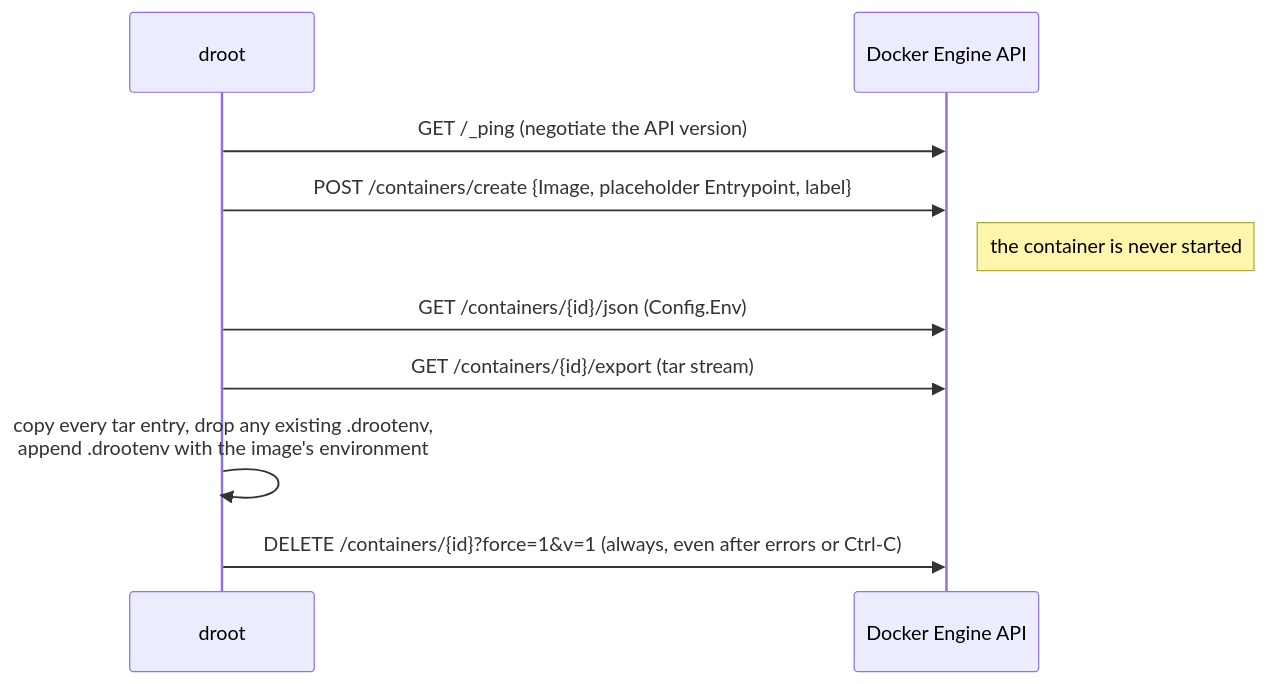
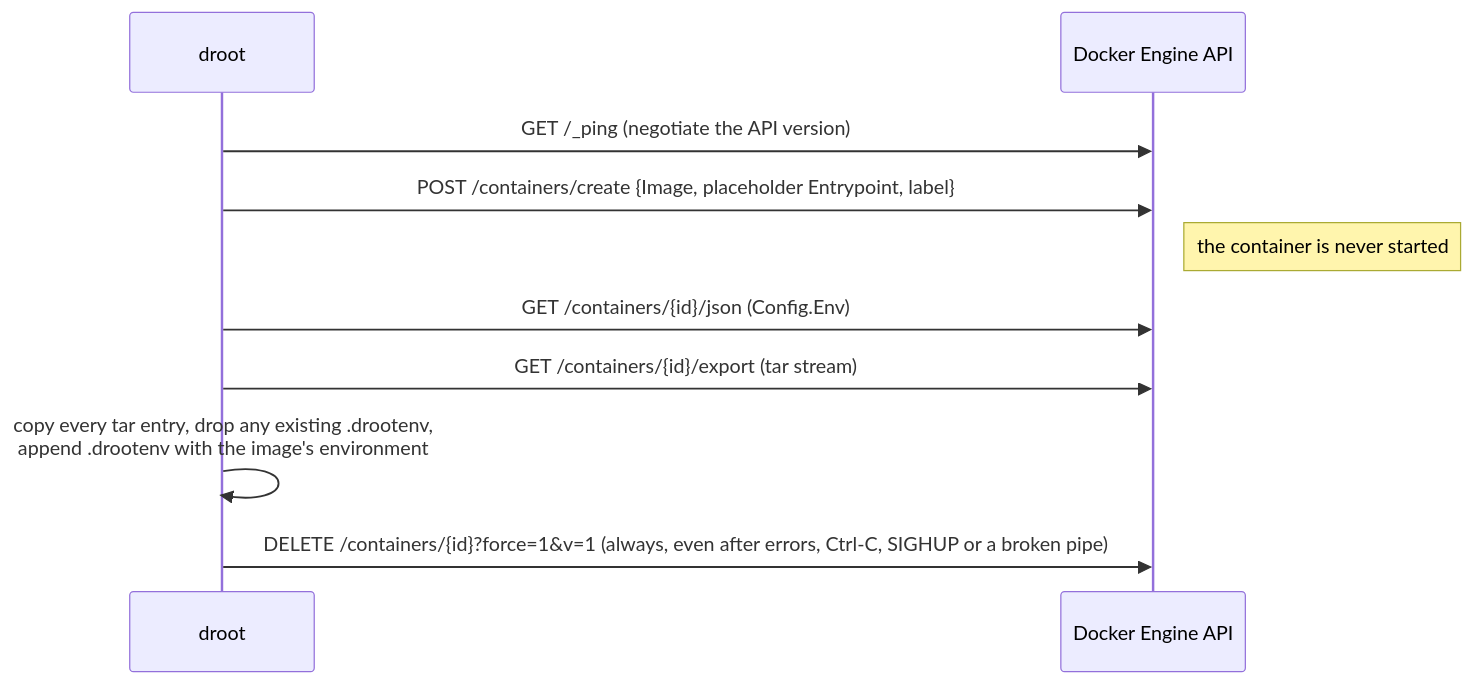
One commit to yuuki/droot changed the second of 2 diagrams in documentation/architecture.md. Above: the diagram before and after it, drawn with Mermaid. The commit also changed 4 other files, not shown here.

````diff
--- a/documentation/architecture.md
+++ b/documentation/architecture.md
@@ -39,12 +39,12 @@
 ```mermaid
 sequenceDiagram
   participant D as droot
   participant E as Docker Engine API
   D->>E: GET /_ping (negotiate the API version)
   D->>E: POST /containers/create {Image, placeholder Entrypoint, label}
   Note right of E: the container is never started
   D->>E: GET /containers/{id}/json (Config.Env)
   D->>E: GET /containers/{id}/export (tar stream)
   D->>D: copy every tar entry, drop any existing .drootenv,<br/>append .drootenv with the image's environment
-  D->>E: DELETE /containers/{id}?force=1&v=1 (always, even after errors or Ctrl-C)
+  D->>E: DELETE /containers/{id}?force=1&v=1 (always, even after errors, Ctrl-C, SIGHUP or a broken pipe)
 ```
````
